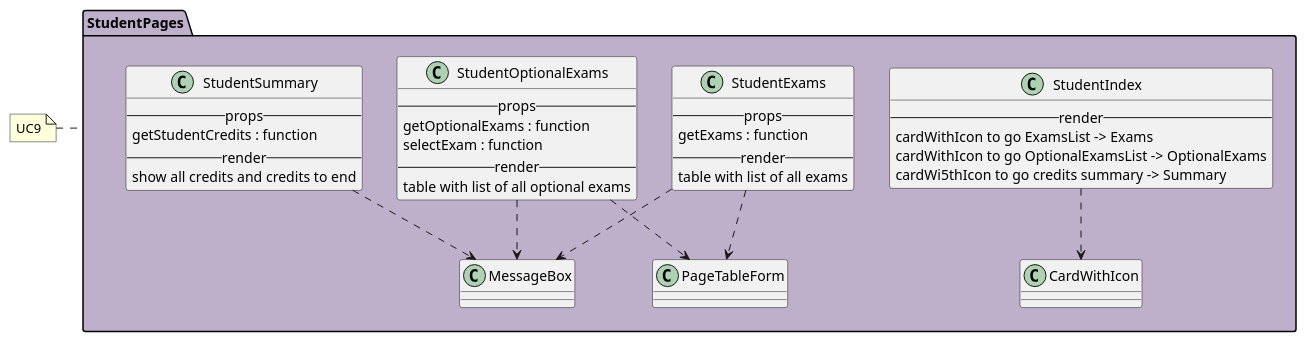
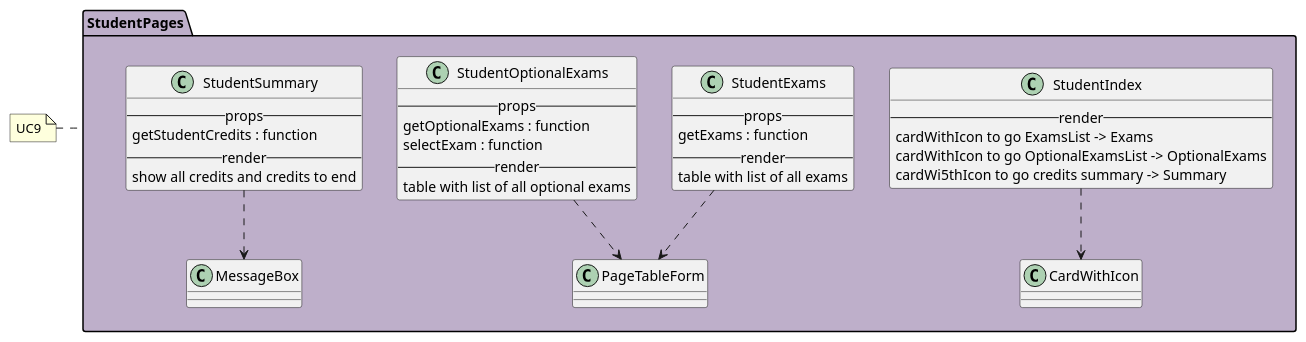
Before and after one commit to M9k/Marvin-Uml: the diagram in react/student/index.iuml, drawn with PlantUML. The commit also changed 11 other files, not shown here.

```diff
--- a/react/student/index.iuml
+++ b/react/student/index.iuml
@@ -1,40 +1,38 @@
 package StudentPages #BEAFCA {
 
 class StudentIndex{
     --render--
         cardWithIcon to go ExamsList -> Exams
         cardWithIcon to go OptionalExamsList -> OptionalExams
         cardWi5thIcon to go credits summary -> Summary
 }
 StudentIndex ..> CardWithIcon
 
 class StudentExams{
     --props--
         getExams : function
     --render--
         table with list of all exams
 }
 StudentExams ..> PageTableForm
-StudentExams ..> MessageBox
 
 class StudentOptionalExams{
     --props--
         getOptionalExams : function
         selectExam : function
     --render--
         table with list of all optional exams
 }
 StudentOptionalExams ..> PageTableForm
-StudentOptionalExams ..> MessageBox
 
 class StudentSummary{
     --props--
         getStudentCredits : function
     --render--
         show all credits and credits to end
 }
 StudentSummary ..> MessageBox
 
 }
 
 note left of StudentPages: UC9
```
